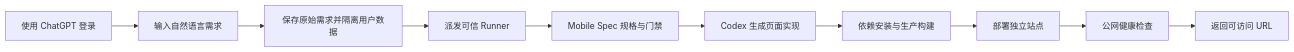
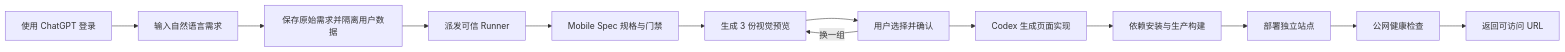
The first of 3 diagrams in docs/SiteForge AI 项目介绍.md (JonasQiu/mobile-app-build), drawn with Mermaid before and after one commit. The commit also changed other lines of this file and 37 other files, not shown here.

````diff
--- a/docs/SiteForge AI 项目介绍.md
+++ b/docs/SiteForge AI 项目介绍.md
@@ -35,12 +35,15 @@
 ```mermaid
 flowchart LR
   A[使用 ChatGPT 登录] --> B[输入自然语言需求]
   B --> C[保存原始需求并隔离用户数据]
   C --> D[派发可信 Runner]
   D --> E[Mobile Spec 规格与门禁]
-  E --> F[Codex 生成页面实现]
+  E --> P[生成 3 份视觉预览]
+  P --> Q[用户选择并确认]
+  Q -->|换一组| P
+  Q --> F[Codex 生成页面实现]
   F --> G[依赖安装与生产构建]
   G --> H[部署独立站点]
   H --> I[公网健康检查]
   I --> J[返回可访问 URL]
 ```
````
